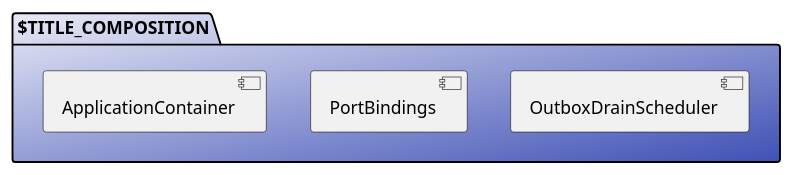
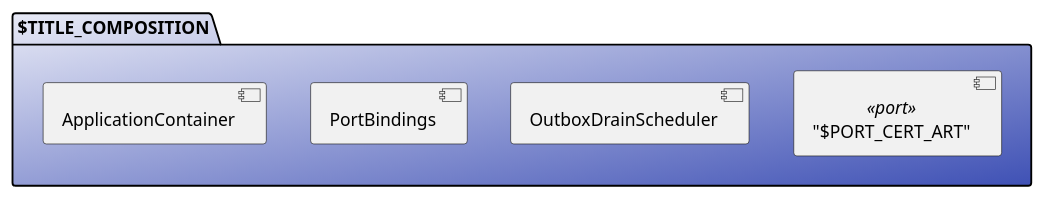
Before and after one commit to salimnamvar/selma: the diagram in docs/package/common/pkg_section_composition.puml, drawn with PlantUML. The commit also changed 5 other files, not shown here.

```diff
--- a/docs/package/common/pkg_section_composition.puml
+++ b/docs/package/common/pkg_section_composition.puml
@@ -1,14 +1,16 @@
 ' ============================================================
 ' Section: COMPOSITION ROOT (v1 single Application process)
 ' Aliases: COMPOSITION, WIRE_APP, WIRE_PORTS, WIRE_OUTBOX
 ' ============================================================
 
 package "$TITLE_COMPOSITION" as COMPOSITION #E8EAF6/3F51B5 {
   together {
     [ApplicationContainer] as WIRE_APP
     [PortBindings] as WIRE_PORTS
     [OutboxDrainScheduler] as WIRE_OUTBOX
+    ["$PORT_CERT_ART"] as P_CERT_ART <<port>>
   }
   WIRE_APP -[hidden]right- WIRE_PORTS
   WIRE_PORTS -[hidden]right- WIRE_OUTBOX
+  WIRE_OUTBOX -[hidden]right- P_CERT_ART
 }
```
